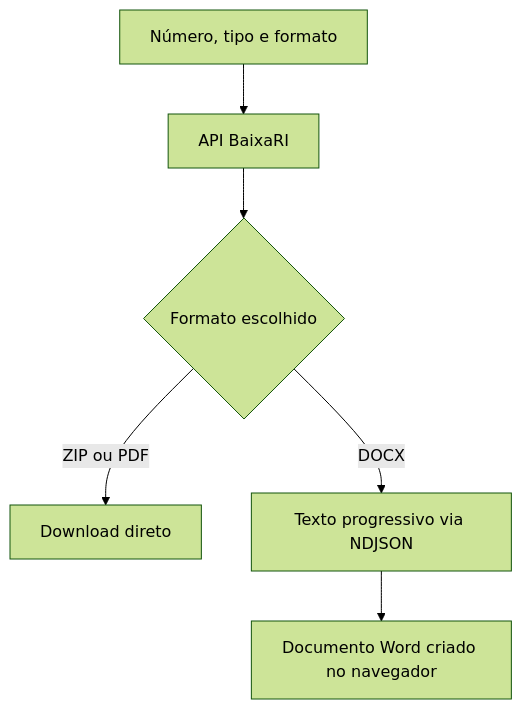
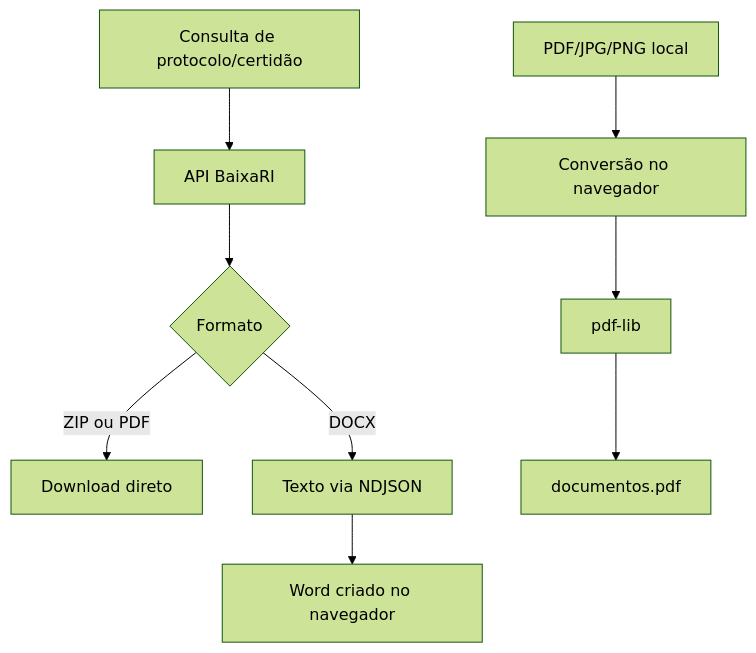
The diagram in README.md (marcosfrancomarinho/baixari), drawn with Mermaid (forest theme) before and after one commit. The commit also changed other lines of this file and 4 other files, not shown here.

````diff
--- a/README.md
+++ b/README.md
@@ -43,8 +40,12 @@
 ```mermaid
 flowchart TD
-    A["Número, tipo e formato"] --> B["API BaixaRI"]
-    B --> C{"Formato escolhido"}
+    A["Consulta de protocolo/certidão"] --> B["API BaixaRI"]
+    B --> C{"Formato"}
     C -->|ZIP ou PDF| D["Download direto"]
-    C -->|DOCX| E["Texto progressivo via NDJSON"]
-    E --> F["Documento Word criado no navegador"]
+    C -->|DOCX| E["Texto via NDJSON"]
+    E --> F["Word criado no navegador"]
+
+    G["PDF/JPG/PNG local"] --> H["Conversão no navegador"]
+    H --> I["pdf-lib"]
+    I --> J["documentos.pdf"]
 ```
````
